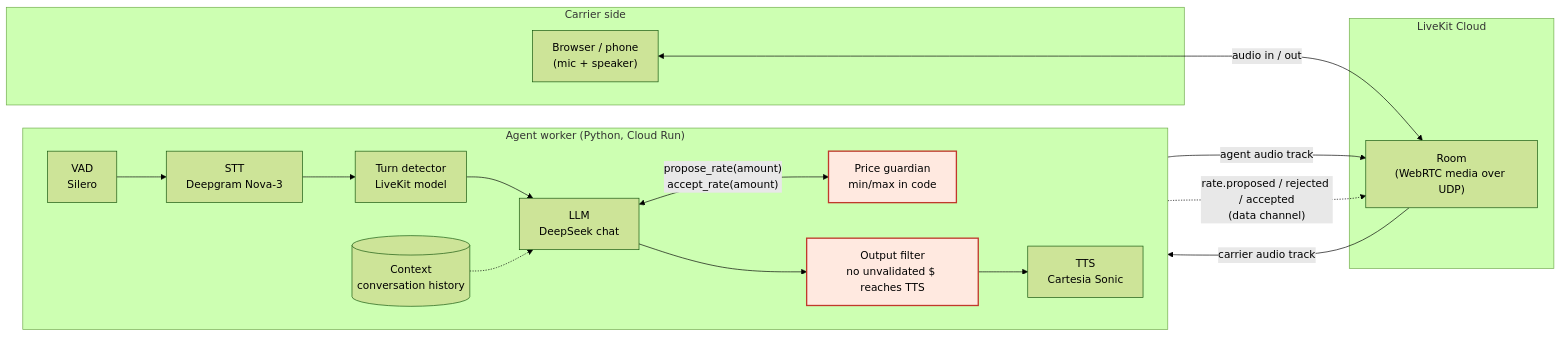
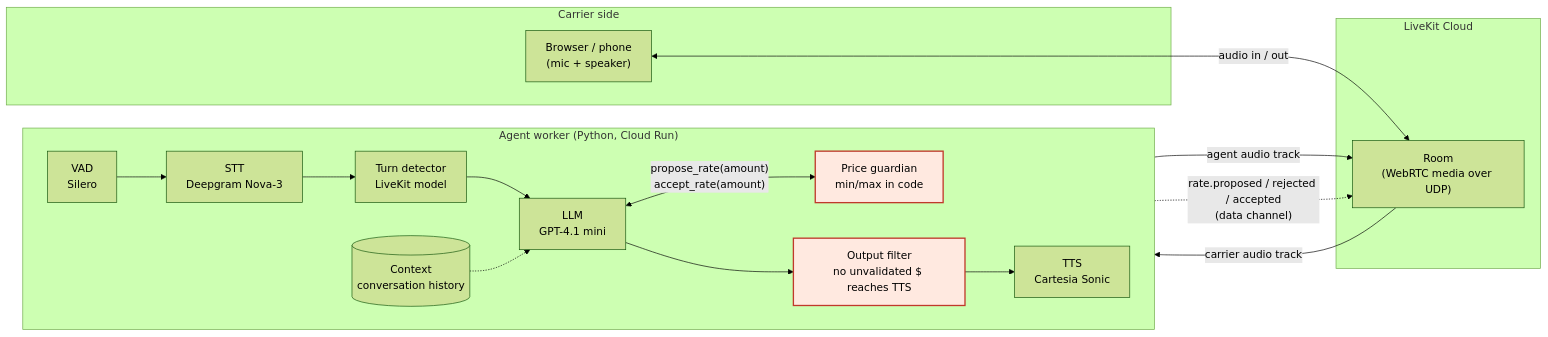
Before and after one commit to JSebastianIEU/voice-freight-negotiator: the first of 4 diagrams in docs/architecture.md, drawn with Mermaid (forest theme). The commit also changed other lines of this file and 7 other files, not shown here.

First line of the commit message:
docs: revise ADR-003 with measured numbers, update diagrams

````diff
--- a/docs/architecture.md
+++ b/docs/architecture.md
@@ -31,29 +31,29 @@
 ```mermaid
 flowchart LR
     subgraph client["Carrier side"]
         B["Browser / phone<br/>(mic + speaker)"]
     end
 
     subgraph lk["LiveKit Cloud"]
         R["Room<br/>(WebRTC media over UDP)"]
     end
 
     subgraph worker["Agent worker (Python, Cloud Run)"]
         direction LR
         VAD["VAD<br/>Silero"] --> STT["STT<br/>Deepgram Nova-3"]
         STT --> TD["Turn detector<br/>LiveKit model"]
-        TD --> LLM["LLM<br/>DeepSeek chat"]
+        TD --> LLM["LLM<br/>GPT-4.1 mini"]
         LLM <-->|"propose_rate(amount)<br/>accept_rate(amount)"| PG["Price guardian<br/>min/max in code"]
         LLM --> OF["Output filter<br/>no unvalidated $ reaches TTS"]
         OF --> TTS["TTS<br/>Cartesia Sonic"]
         CTX[("Context<br/>conversation history")] -.-> LLM
     end
 
     B <-->|"audio in / out"| R
     R -->|"carrier audio track"| VAD
     TTS -->|"agent audio track"| R
     PG -.->|"rate.proposed / rejected / accepted<br/>(data channel)"| R
 
     classDef guard fill:#ffe9e0,stroke:#c0392b,stroke-width:2px,color:#000;
     class PG,OF guard;
 ```
````
